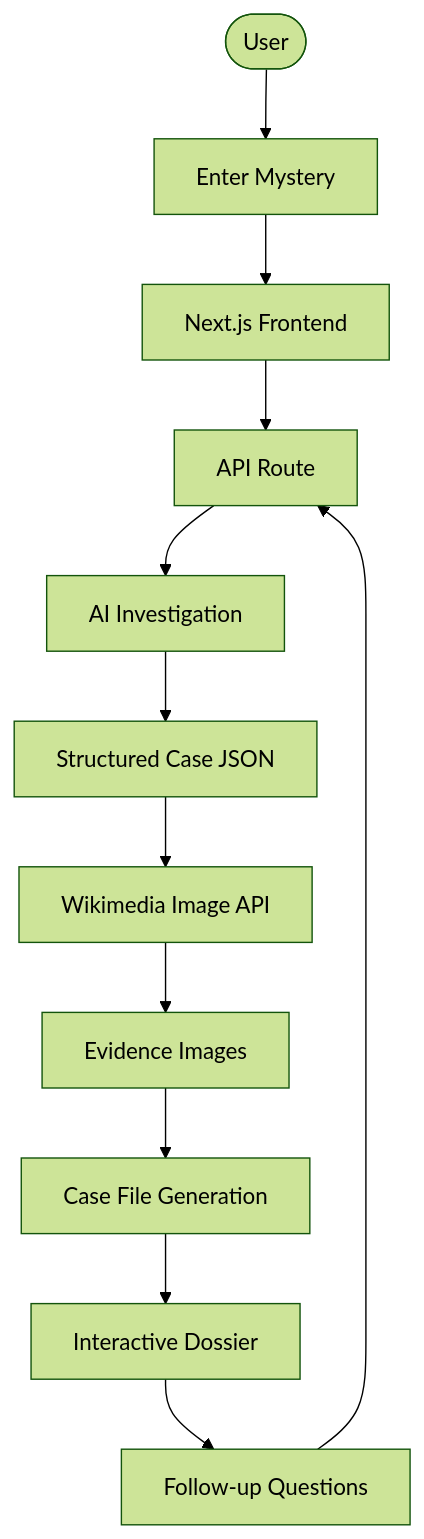
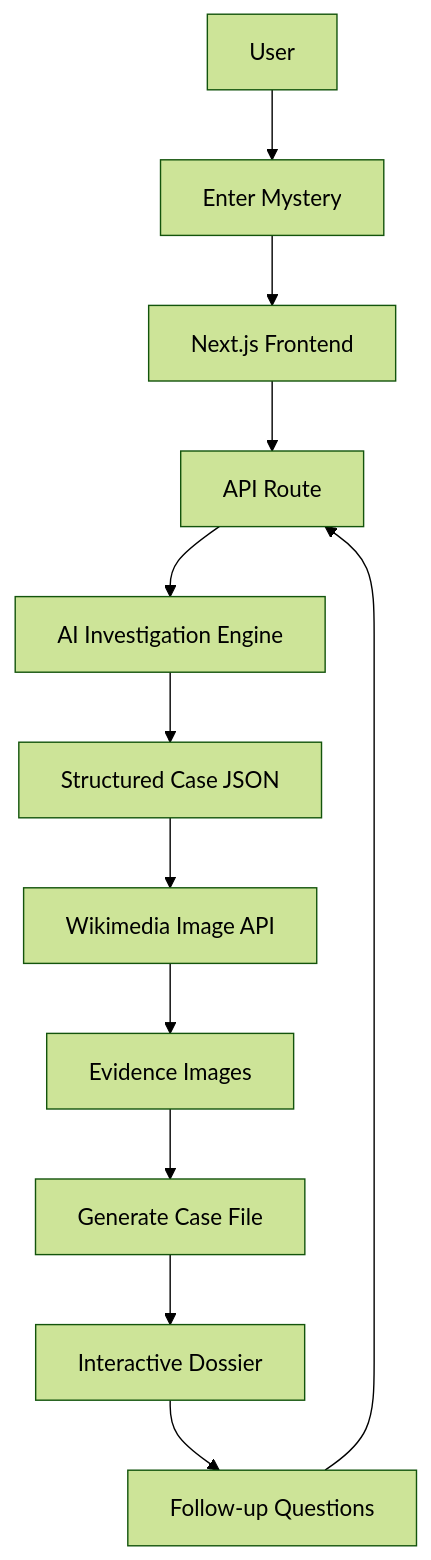
The first of 3 diagrams in README.md (nk21-dev/SHERLOX), drawn with Mermaid (forest theme) before and after one commit. The commit also changed other lines of this file, not shown here.

````diff
--- a/README.md
+++ b/README.md
@@ -25,14 +25,14 @@
 ```mermaid
-flowchart TD
-    A([User]) --> B[Enter Mystery]
+graph TD
+    A[User] --> B[Enter Mystery]
     B --> C[Next.js Frontend]
     C --> D[API Route]
-    D --> E[AI Investigation]
+    D --> E[AI Investigation Engine]
     E --> F[Structured Case JSON]
     F --> G[Wikimedia Image API]
     G --> H[Evidence Images]
-    H --> I[Case File Generation]
+    H --> I[Generate Case File]
     I --> J[Interactive Dossier]
     J --> K[Follow-up Questions]
     K --> D
 ```
````
